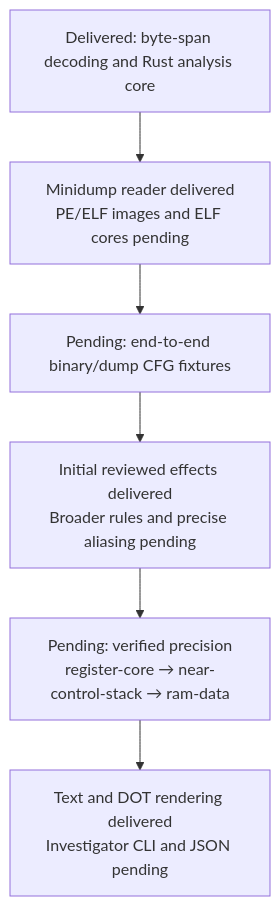
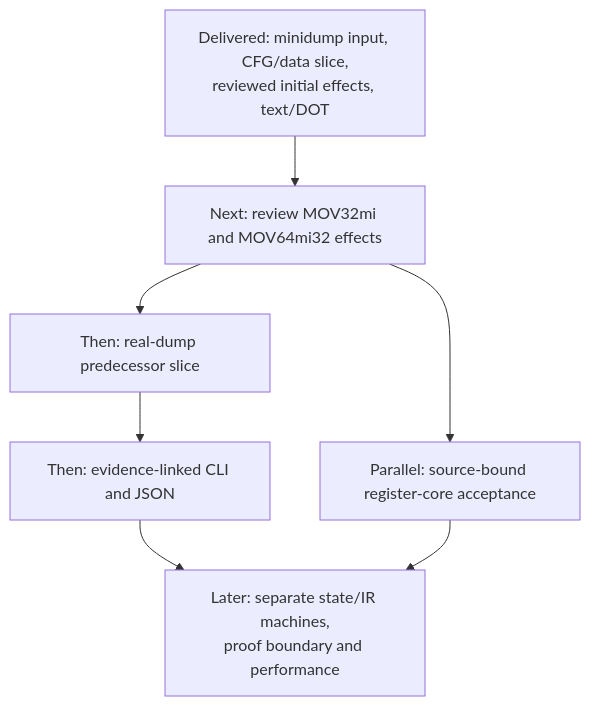
The second of 2 diagrams in CHECKPOINTS.md (NzSN/Ariadne), drawn with Mermaid before and after one commit. The commit also changed other lines of this file and 6 other files, not shown here.

````diff
--- a/CHECKPOINTS.md
+++ b/CHECKPOINTS.md
@@ -84,10 +114,11 @@
 ```mermaid
 flowchart TD
-    A["Delivered: byte-span decoding and Rust analysis core"]
-    B["Minidump reader delivered<br/>PE/ELF images and ELF cores pending"]
-    C["Pending: end-to-end binary/dump CFG fixtures"]
-    D["Initial reviewed effects delivered<br/>Broader rules and precise aliasing pending"]
-    E["Pending: verified precision<br/>register-core → near-control-stack → ram-data"]
-    F["Text and DOT rendering delivered<br/>Investigator CLI and JSON pending"]
-    A --> B --> C --> D --> E --> F
+    A["Delivered: minidump input, CFG/data slice,<br/>reviewed initial effects, text/DOT"]
+    B["Next: review MOV32mi and MOV64mi32 effects"]
+    C["Then: real-dump predecessor slice"]
+    D["Then: evidence-linked CLI and JSON"]
+    E["Parallel: source-bound register-core acceptance"]
+    F["Later: separate state/IR machines,<br/>proof boundary and performance"]
+    A --> B --> C --> D --> F
+    B --> E --> F
 ```
````
